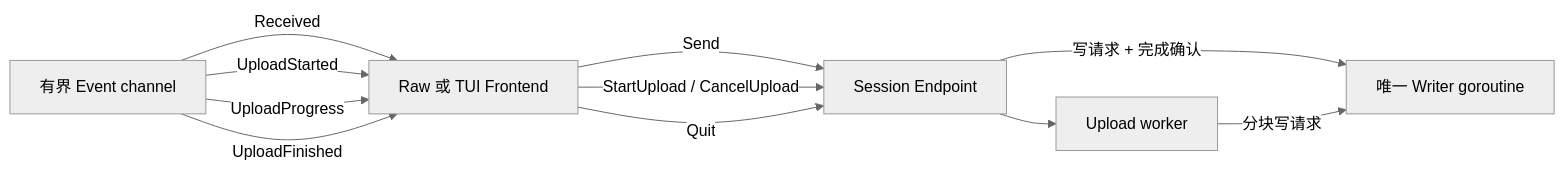
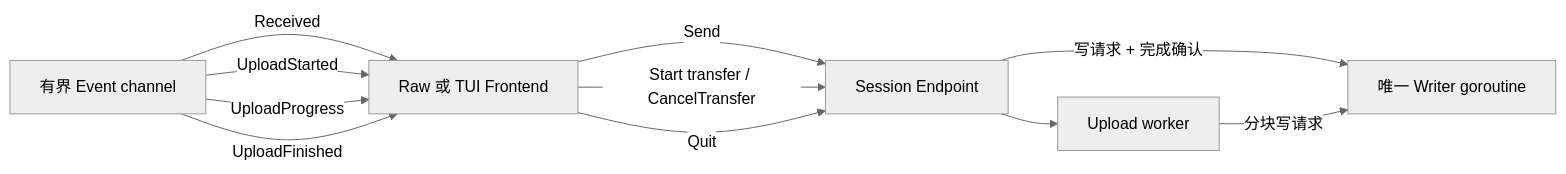
The fourth of 11 diagrams in docs/architecture.md (ZhiWei-Ou/xserial), drawn with Mermaid (neutral theme) before and after one commit. The commit also changed other lines of this file and 15 other files, not shown here.

````diff
--- a/docs/architecture.md
+++ b/docs/architecture.md
@@ -112,19 +112,19 @@
 ```mermaid
 flowchart LR
     Frontend[Raw 或 TUI Frontend]
     Endpoint[Session Endpoint]
     Events[有界 Event channel]
     Writer[唯一 Writer goroutine]
     Upload[Upload worker]
 
     Frontend -->|Send| Endpoint
-    Frontend -->|StartUpload / CancelUpload| Endpoint
+    Frontend -->|Start transfer / CancelTransfer| Endpoint
     Frontend -->|Quit| Endpoint
     Endpoint -->|写请求 + 完成确认| Writer
     Endpoint --> Upload
     Upload -->|分块写请求| Writer
     Events -->|Received| Frontend
     Events -->|UploadStarted| Frontend
     Events -->|UploadProgress| Frontend
     Events -->|UploadFinished| Frontend
 ```
````
